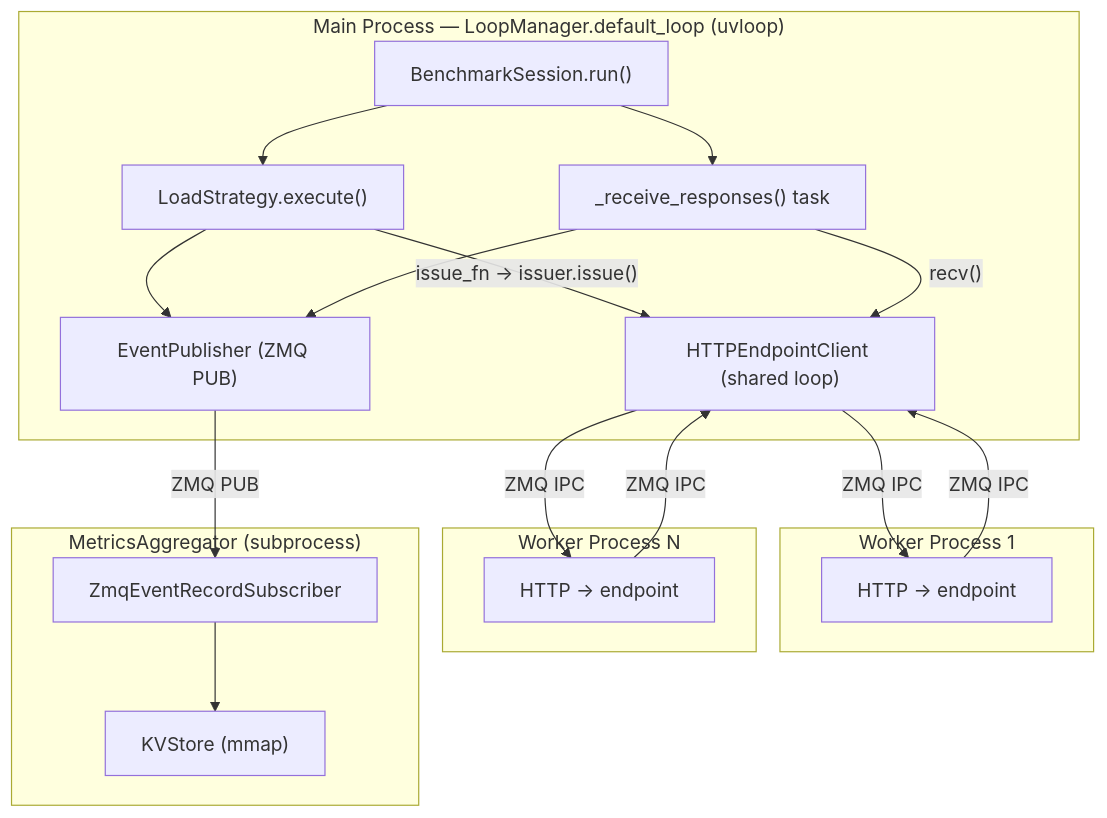
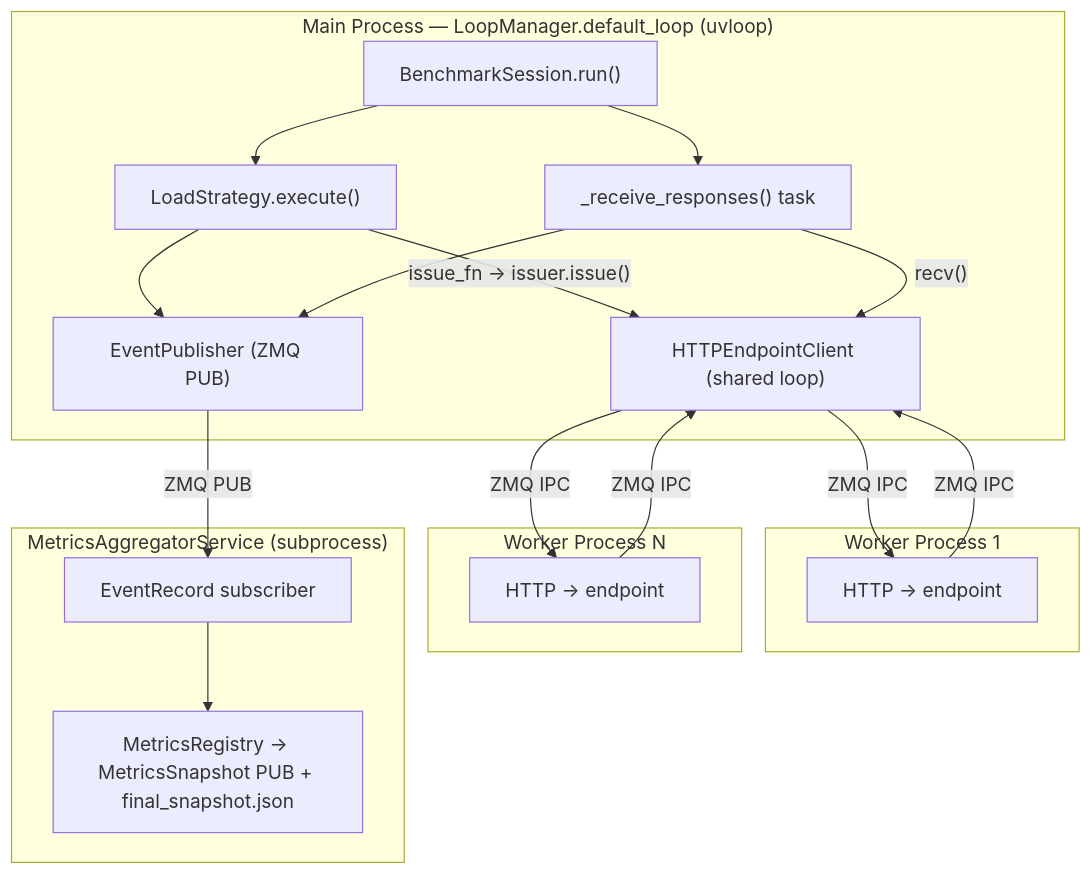
The fourth of 5 diagrams in docs/load_generator/DESIGN.md (tianmu-li/endpoints), drawn with Mermaid before and after one commit. The commit also changed other lines of this file and 14 other files, not shown here.

````diff
--- a/docs/load_generator/DESIGN.md
+++ b/docs/load_generator/DESIGN.md
@@ -627,35 +683,35 @@
 ```mermaid
 graph TD
     subgraph "Main Process — LoopManager.default_loop (uvloop)"
         A["BenchmarkSession.run()"]
         B["LoadStrategy.execute()"]
         C["_receive_responses() task"]
         D["EventPublisher (ZMQ PUB)"]
         E["HTTPEndpointClient (shared loop)"]
 
         A --> B
         A --> C
         B -->|"issue_fn → issuer.issue()"| E
         C -->|"recv()"| E
         B --> D
         C --> D
     end
 
     subgraph "Worker Process 1"
         W1["HTTP → endpoint"]
     end
     subgraph "Worker Process N"
         WN["HTTP → endpoint"]
     end
-    subgraph "MetricsAggregator (subprocess)"
-        MA["ZmqEventRecordSubscriber"]
-        KB["KVStore (mmap)"]
+    subgraph "MetricsAggregatorService (subprocess)"
+        MA["EventRecord subscriber"]
+        KB["MetricsRegistry → MetricsSnapshot PUB + final_snapshot.json"]
         MA --> KB
     end
 
     E -->|"ZMQ IPC"| W1
     E -->|"ZMQ IPC"| WN
     W1 -->|"ZMQ IPC"| E
     WN -->|"ZMQ IPC"| E
     D -->|"ZMQ PUB"| MA
 ```
````
